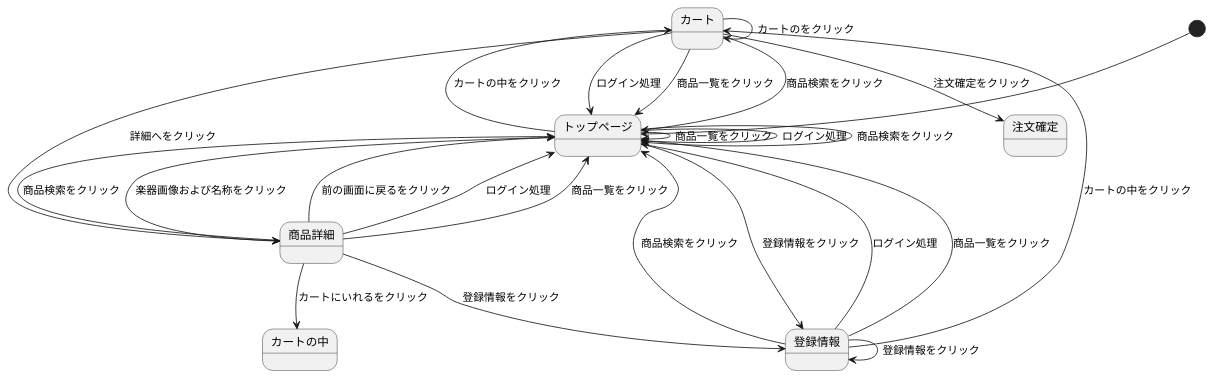
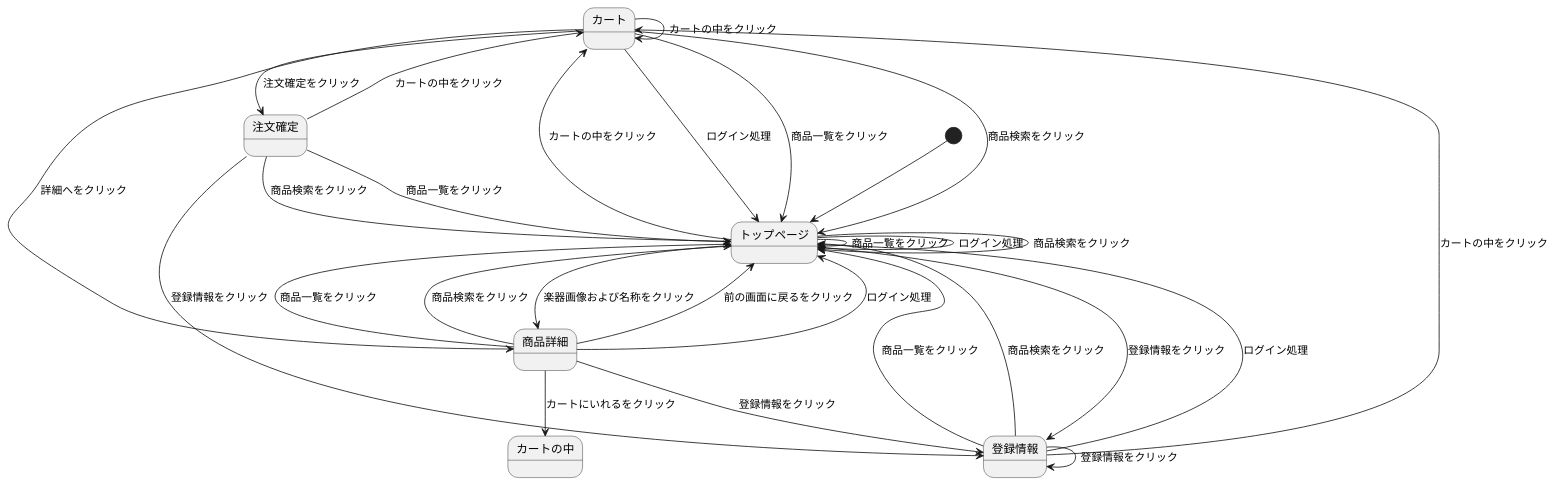
One commit to Aso2001374/2021sys-design changed the second of 3 diagrams in stm01.md. Above: the diagram before and after it, drawn with PlantUML.

````diff
--- a/stm01.md
+++ b/stm01.md
@@ -15,31 +15,37 @@
 ```uml
 @startuml
 [*] --> トップページ
+
 トップページ--> トップページ : 商品一覧をクリック
 トップページ--> トップページ : ログイン処理
 トップページ--> トップページ : 商品検索をクリック
 トップページ-left-> カート : カートの中をクリック
 トップページ--> 登録情報 : 登録情報をクリック
 トップページ--> 商品詳細 : 楽器画像および名称をクリック
 
 商品詳細--> カートの中 : カートにいれるをクリック
 商品詳細--> トップページ : 前の画面に戻るをクリック
 商品詳細--> トップページ : ログイン処理
 商品詳細--> トップページ : 商品一覧をクリック
 商品詳細--> トップページ : 商品検索をクリック
 商品詳細--> 登録情報 : 登録情報をクリック
 
 カート --> 商品詳細 : 詳細へをクリック
 カート --> トップページ : ログイン処理
 カート --> トップページ : 商品一覧をクリック
 カート --> トップページ : 商品検索をクリック
-カート --> カート : カートのをクリック
+カート --> カート : カートの中をクリック
 カート-->注文確定 : 注文確定をクリック
 
 登録情報 --> トップページ : ログイン処理
 登録情報 --> トップページ : 商品一覧をクリック
 登録情報 --> トップページ : 商品検索をクリック
 登録情報 --> カート : カートの中をクリック
 登録情報 --> 登録情報 : 登録情報をクリック
+
+注文確定 --> トップページ : 商品一覧をクリック
+注文確定 --> トップページ : 商品検索をクリック
+注文確定 --> カート : カートの中をクリック
+注文確定 --> 登録情報 : 登録情報をクリック
 @enduml
 ```
````
